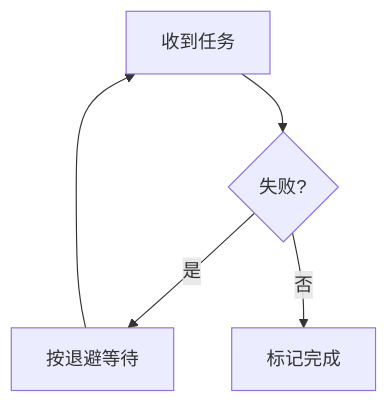
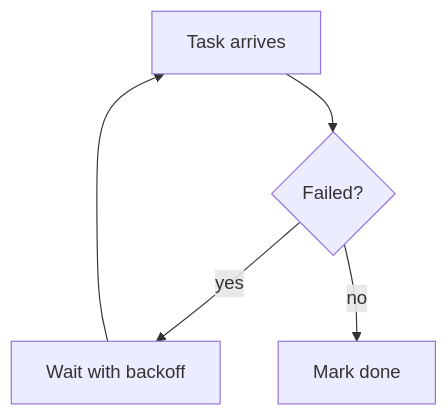
One commit to pandarayc/dsh-eli5 changed the diagram in README.md. Above: the diagram before and after it, drawn with Mermaid. The commit also changed other lines of this file and 5 other files, not shown here.

````diff
--- a/README.md
+++ b/README.md
@@ -54,7 +73,7 @@
 ```mermaid
 flowchart TD
-  A[收到任务] --> B{失败?}
-  B -->|是| C[按退避等待]
+  A[Task arrives] --> B{Failed?}
+  B -->|yes| C[Wait with backoff]
   C --> A
-  B -->|否| D[标记完成]
+  B -->|no| D[Mark done]
 ```
````
